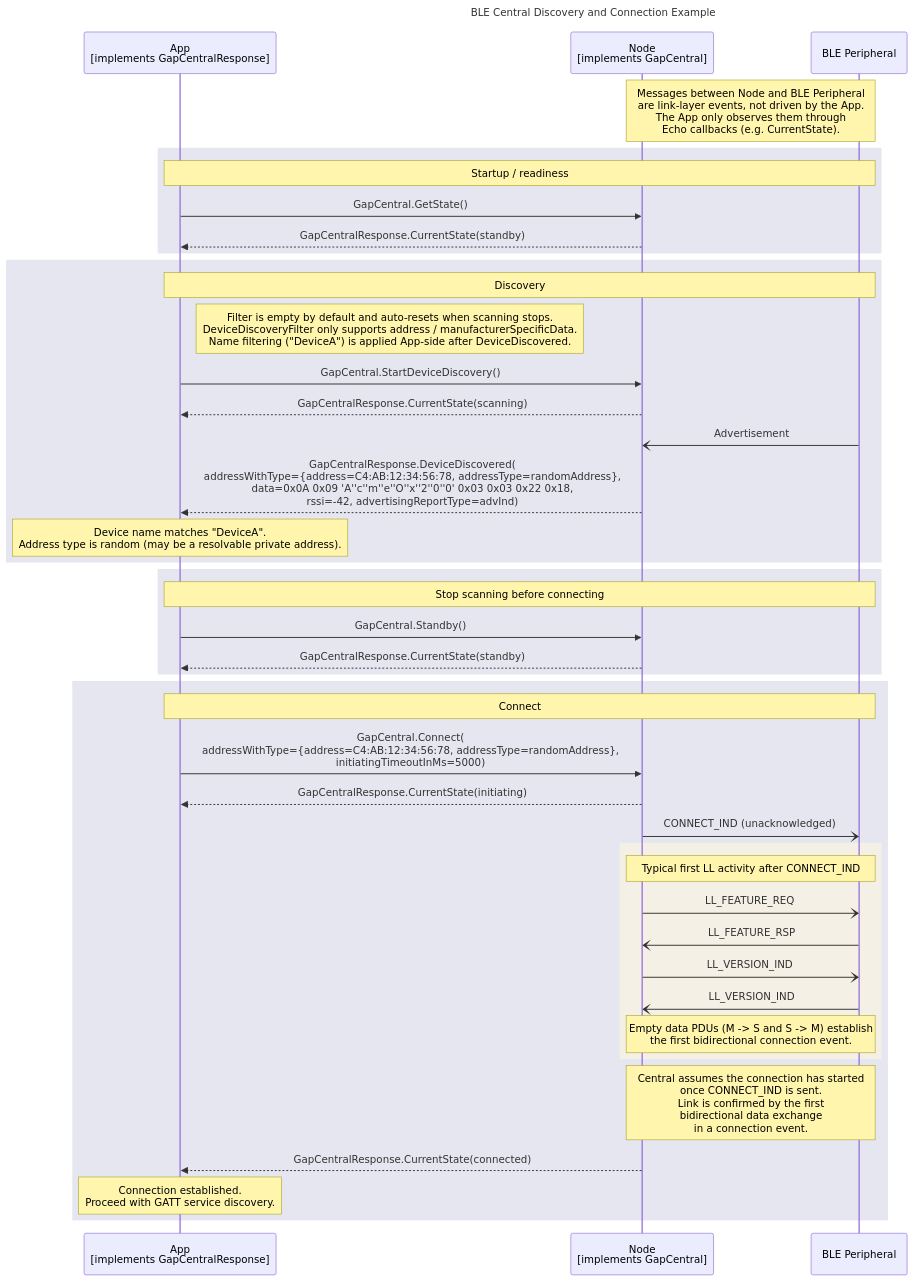
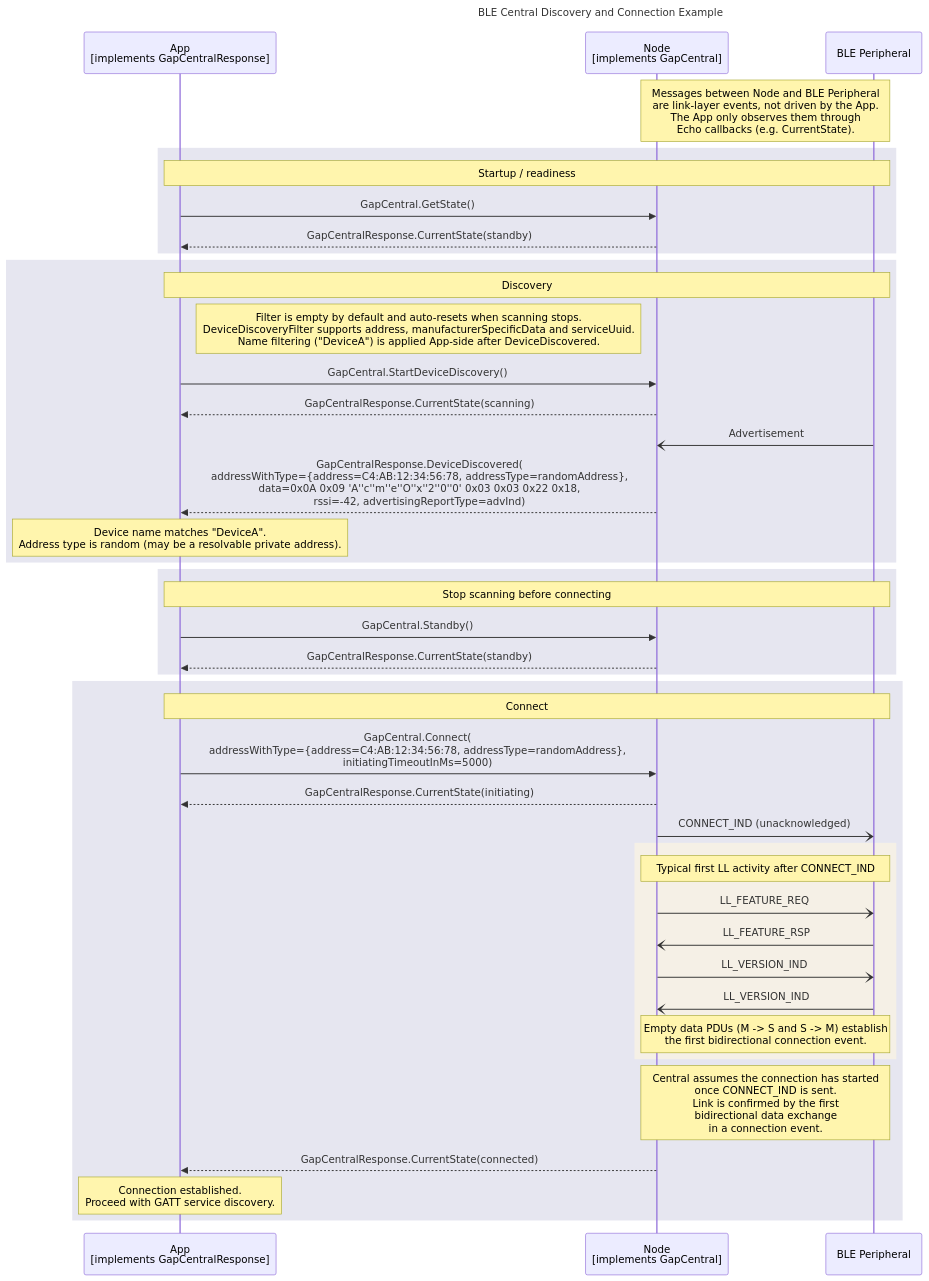
Before and after one commit to philips-software/amp-embedded-infra-lib: the diagram in documents/modules/ROOT/partials/echoservices/gap_central/GapCentral_DiscoveryAndConnection_sequence_example.mmd, drawn with Mermaid. The commit also changed 6 other files, not shown here.

First line of the commit message:
feat(echo/ble): add filtering for service UUID during central device discovery (#1407)

```diff
--- a/documents/modules/ROOT/partials/echoservices/gap_central/GapCentral_DiscoveryAndConnection_sequence_example.mmd
+++ b/documents/modules/ROOT/partials/echoservices/gap_central/GapCentral_DiscoveryAndConnection_sequence_example.mmd
@@ -1,52 +1,52 @@
 sequenceDiagram
     title BLE Central Discovery and Connection Example
 
     participant App as App<br>[implements GapCentralResponse]
     participant Node as Node<br>[implements GapCentral]
     participant Peripheral as BLE Peripheral
 
     Note over Node, Peripheral: Messages between Node and BLE Peripheral<br>are link-layer events, not driven by the App.<br>The App only observes them through<br>Echo callbacks (e.g. CurrentState).
 
     rect rgb(230, 230, 240)
         note over App, Peripheral: Startup / readiness
         App->>Node: GapCentral.GetState()
         Node-->>App: GapCentralResponse.CurrentState(standby)
     end
 
     rect rgb(230, 230, 240)
         note over App, Peripheral: Discovery
-        Note right of App: Filter is empty by default and auto-resets when scanning stops.<br>DeviceDiscoveryFilter only supports address / manufacturerSpecificData.<br>Name filtering ("DeviceA") is applied App-side after DeviceDiscovered.
+        Note right of App: Filter is empty by default and auto-resets when scanning stops.<br>DeviceDiscoveryFilter supports address, manufacturerSpecificData and serviceUuid.<br>Name filtering ("DeviceA") is applied App-side after DeviceDiscovered.
         App->>Node: GapCentral.StartDeviceDiscovery()
         Node-->>App: GapCentralResponse.CurrentState(scanning)
 
         Peripheral-)Node: Advertisement
         Node-->>App: GapCentralResponse.DeviceDiscovered(<br>addressWithType={address=C4:AB:12:34:56:78, addressType=randomAddress},<br>data=0x0A 0x09 'A''c''m''e''O''x''2''0''0' 0x03 0x03 0x22 0x18,<br>rssi=-42, advertisingReportType=advInd)
 
         note over App: Device name matches "DeviceA".<br>Address type is random (may be a resolvable private address).
     end
 
     rect rgb(230, 230, 240)
         note over App, Peripheral: Stop scanning before connecting
         App->>Node: GapCentral.Standby()
         Node-->>App: GapCentralResponse.CurrentState(standby)
     end
 
     rect rgb(230, 230, 240)
         note over App, Peripheral: Connect
         App->>Node: GapCentral.Connect(<br>addressWithType={address=C4:AB:12:34:56:78, addressType=randomAddress},<br>initiatingTimeoutInMs=5000)
         Node-->>App: GapCentralResponse.CurrentState(initiating)
 
         Node-)Peripheral: CONNECT_IND (unacknowledged)
         rect rgb(245, 240, 230)
             Note over Node, Peripheral: Typical first LL activity after CONNECT_IND
             Node-)Peripheral: LL_FEATURE_REQ
             Peripheral-)Node: LL_FEATURE_RSP
             Node-)Peripheral: LL_VERSION_IND
             Peripheral-)Node: LL_VERSION_IND
             Note over Node, Peripheral: Empty data PDUs (M -> S and S -> M) establish<br>the first bidirectional connection event.
         end
         Note over Node, Peripheral: Central assumes the connection has started<br>once CONNECT_IND is sent.<br>Link is confirmed by the first<br>bidirectional data exchange<br>in a connection event.
         Node-->>App: GapCentralResponse.CurrentState(connected)
 
         note over App: Connection established.<br>Proceed with GATT service discovery.
     end
```
